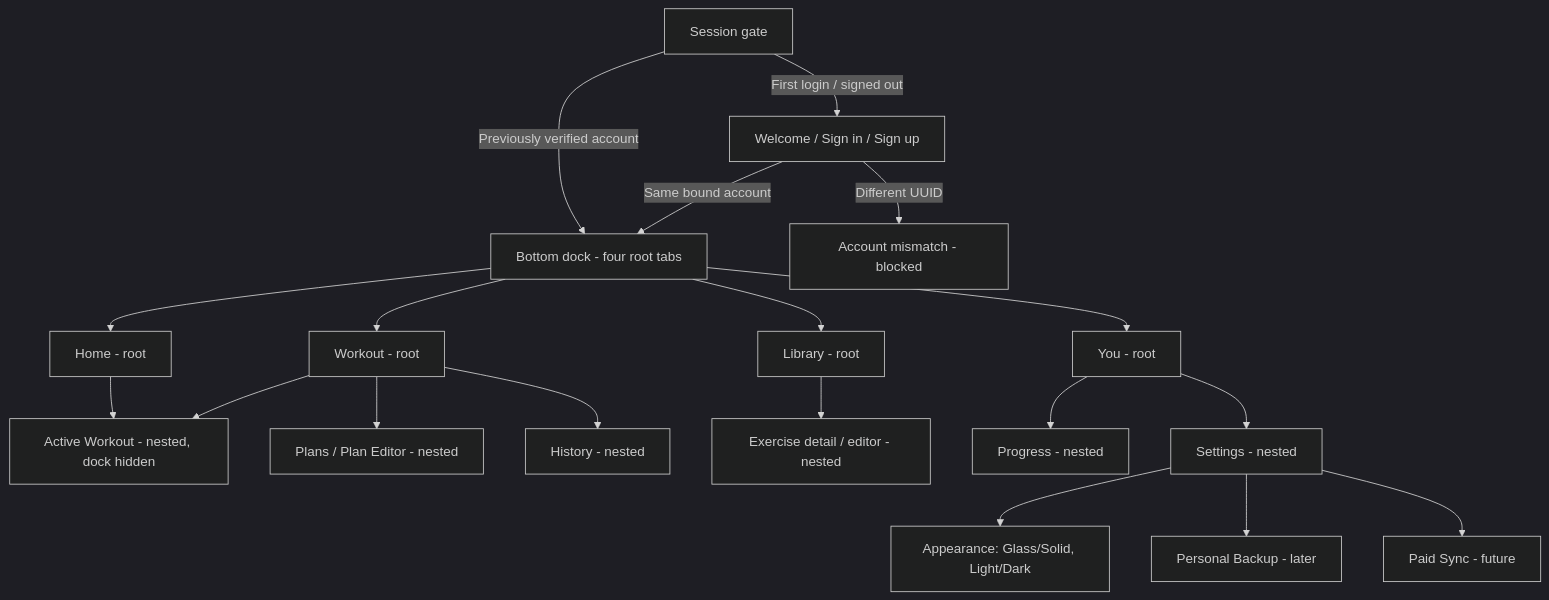
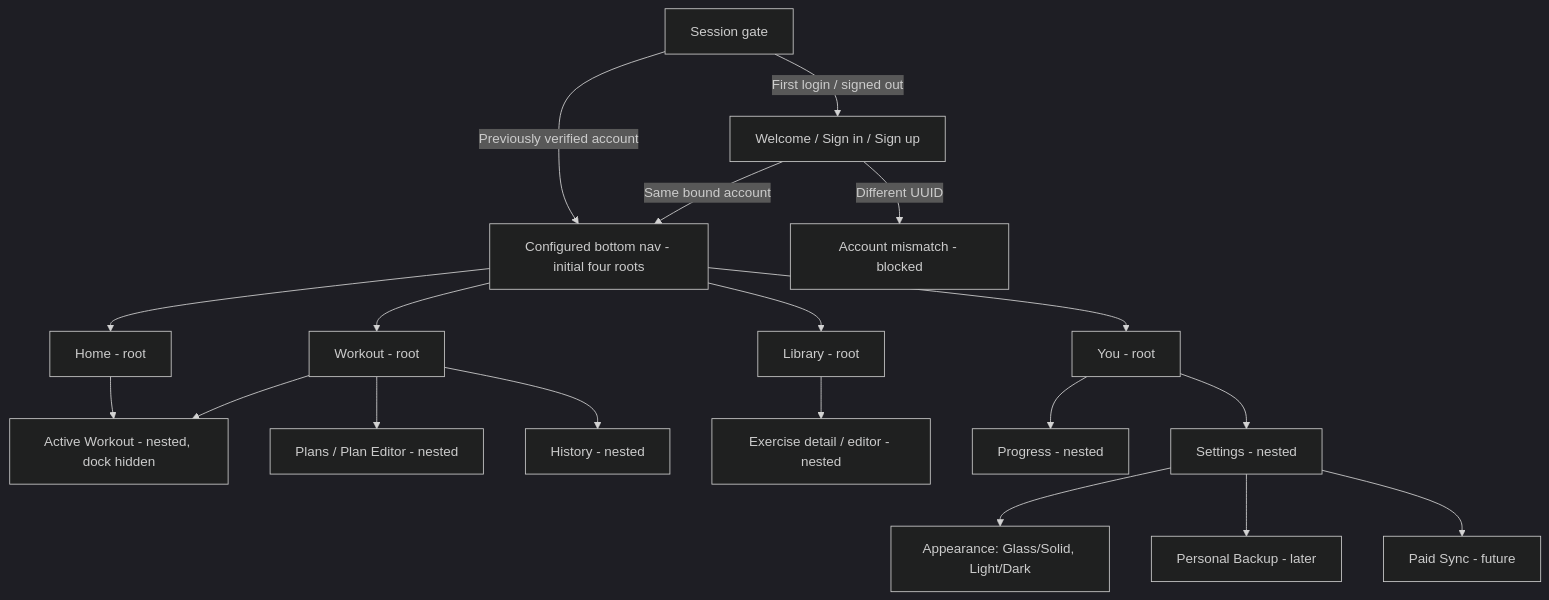
Before and after one commit to im-tnyx/Tio-Workspace: the diagram in docs/20-MVP-UX-FLOWS.md, drawn with Mermaid (dark theme). The commit also changed other lines of this file and 8 other files, not shown here.

Commit message:
docs(ui): make bottom tabs configurable and select Standard glass bar

````diff
--- a/docs/20-MVP-UX-FLOWS.md
+++ b/docs/20-MVP-UX-FLOWS.md
@@ -17,21 +17,21 @@
 ```mermaid
 flowchart TD
-  S["Session gate"] -->|Previously verified account| Dock["Bottom dock - four root tabs"]
+  S["Session gate"] -->|Previously verified account| Dock["Configured bottom nav - initial four roots"]
   S -->|First login / signed out| Auth["Welcome / Sign in / Sign up"]
   Auth -->|Same bound account| Dock
   Auth -->|Different UUID| Denied["Account mismatch - blocked"]
   Dock --> Home["Home - root"]
   Dock --> Workout["Workout - root"]
   Dock --> Library["Library - root"]
   Dock --> You["You - root"]
   Home --> Active["Active Workout - nested, dock hidden"]
   Workout --> Plans["Plans / Plan Editor - nested"]
   Workout --> Active
   Workout --> History["History - nested"]
   Library --> Exercise["Exercise detail / editor - nested"]
   You --> Progress["Progress - nested"]
   You --> Settings["Settings - nested"]
   Settings --> Appear["Appearance: Glass/Solid, Light/Dark"]
   Settings --> Backup["Personal Backup - later"]
   Settings --> Sync["Paid Sync - future"]
 ```
````
